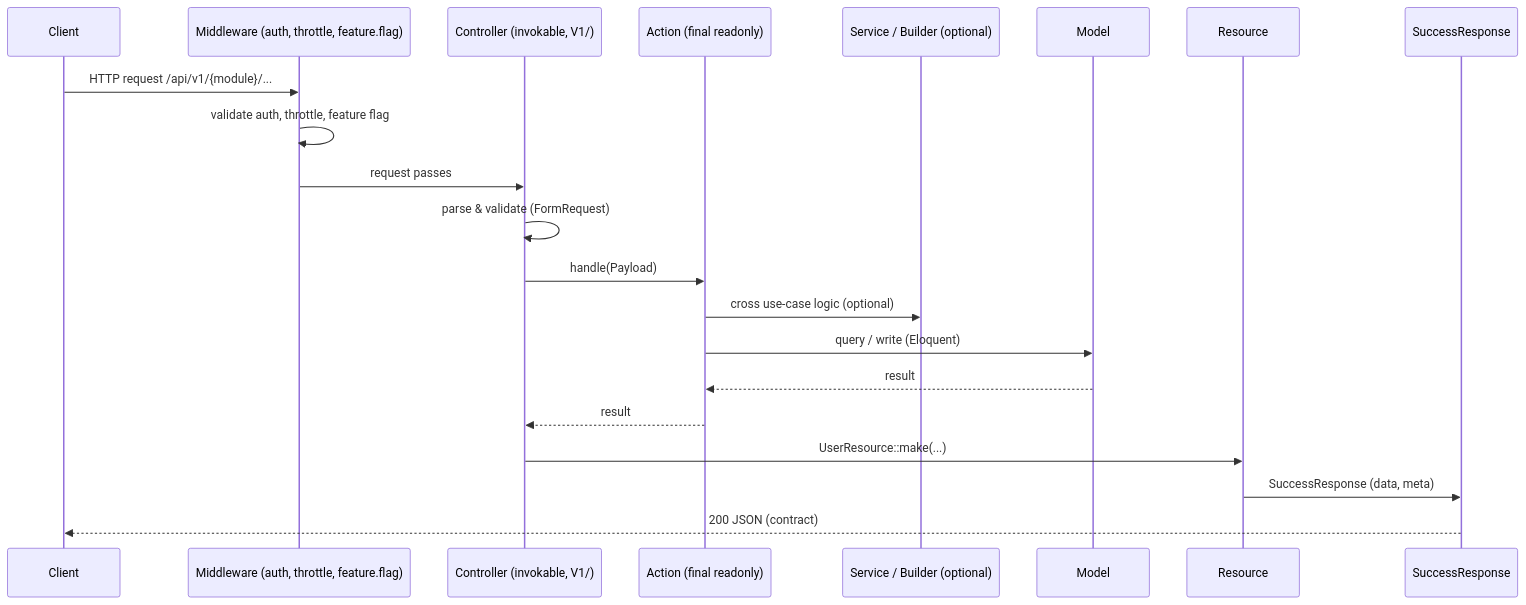
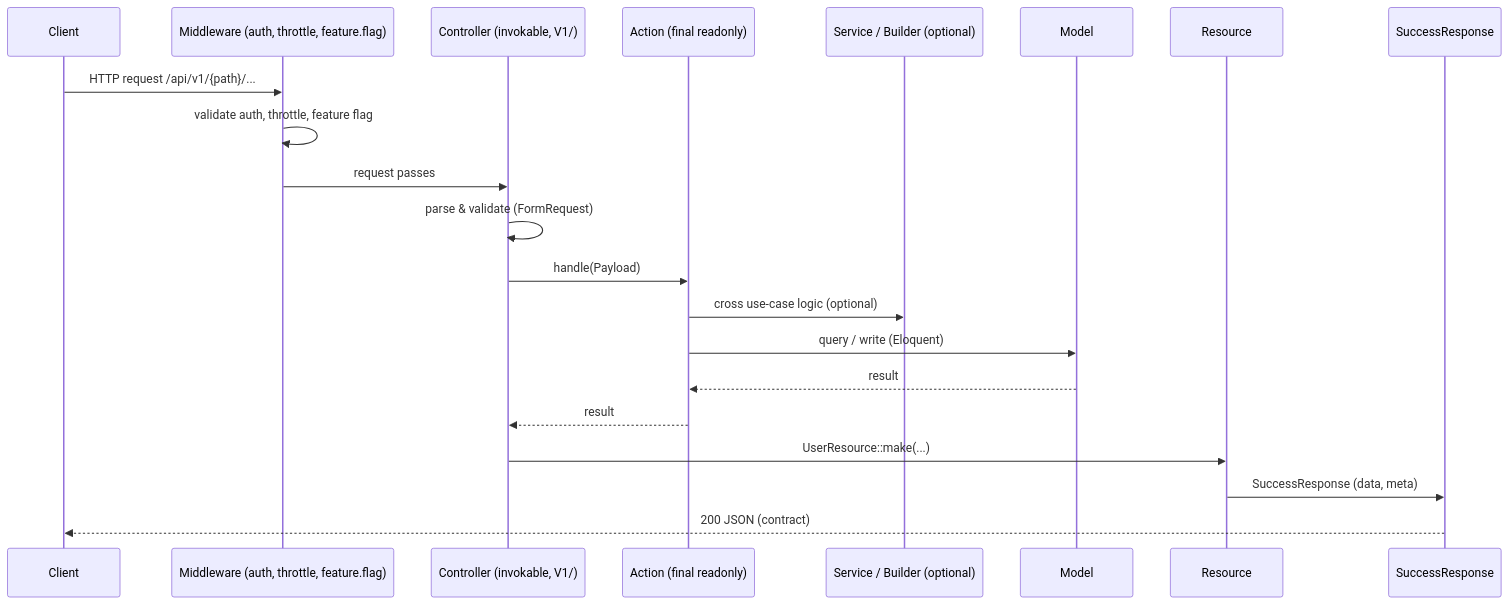
The second of 7 diagrams in docs/architecture.md (thomiOmi/laravel-starterkit-api), drawn with Mermaid before and after one commit. The commit also changed other lines of this file and 39 other files, not shown here.

````diff
--- a/docs/architecture.md
+++ b/docs/architecture.md
@@ -105,24 +104,24 @@
 ```mermaid
 sequenceDiagram
     participant Client
     participant MW as Middleware (auth, throttle, feature.flag)
     participant C as Controller (invokable, V1/)
     participant A as Action (final readonly)
     participant S as Service / Builder (optional)
     participant M as Model
     participant R as Resource
     participant Resp as SuccessResponse
 
-    Client->>MW: HTTP request /api/v1/{module}/...
+    Client->>MW: HTTP request /api/v1/{path}/...
     MW->>MW: validate auth, throttle, feature flag
     MW->>C: request passes
     C->>C: parse & validate (FormRequest)
     C->>A: handle(Payload)
     A->>S: cross use-case logic (optional)
     A->>M: query / write (Eloquent)
     M-->>A: result
     A-->>C: result
     C->>R: UserResource::make(...)
     R->>Resp: SuccessResponse (data, meta)
     Resp-->>Client: 200 JSON (contract)
 ```
````
